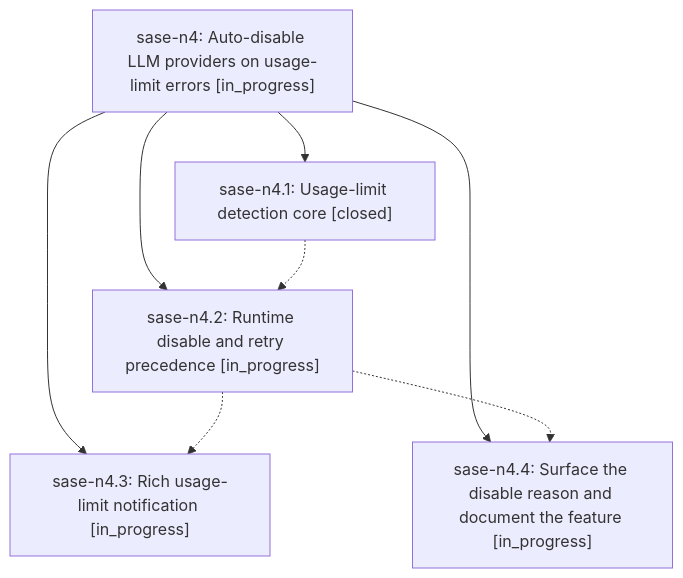
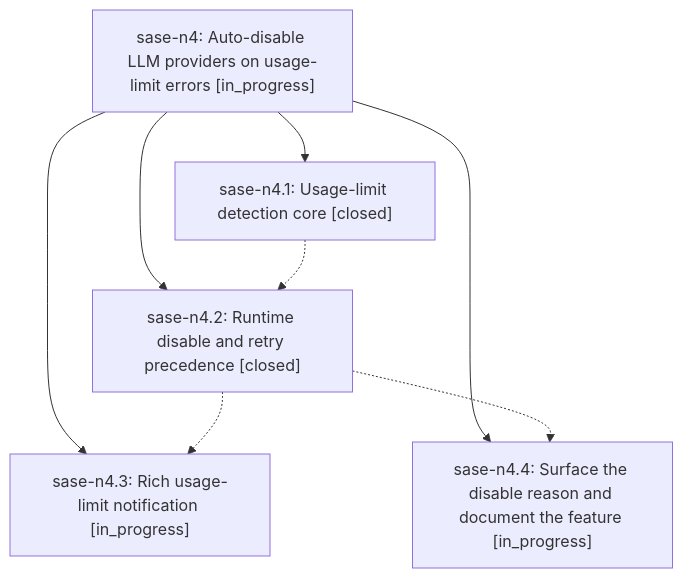
Before and after one commit to sase-org/sase--beads: the diagram in pages/sase-n4/README.md, drawn with Mermaid. The commit also changed other lines of this file and 4 other files, not shown here.

````diff
--- a/pages/sase-n4/README.md
+++ b/pages/sase-n4/README.md
@@ -25,15 +25,15 @@
 ```mermaid
 flowchart TD
     n0["sase-n4: Auto-disable LLM providers on usage-limit errors [in_progress]"]
     n1["sase-n4.1: Usage-limit detection core [closed]"]
-    n2["sase-n4.2: Runtime disable and retry precedence [in_progress]"]
+    n2["sase-n4.2: Runtime disable and retry precedence [closed]"]
     n3["sase-n4.3: Rich usage-limit notification [in_progress]"]
     n4["sase-n4.4: Surface the disable reason and document the feature [in_progress]"]
     n0 --> n1
     n0 --> n2
     n0 --> n3
     n0 --> n4
     n1 -.-> n2
     n2 -.-> n3
     n2 -.-> n4
 ```
````
